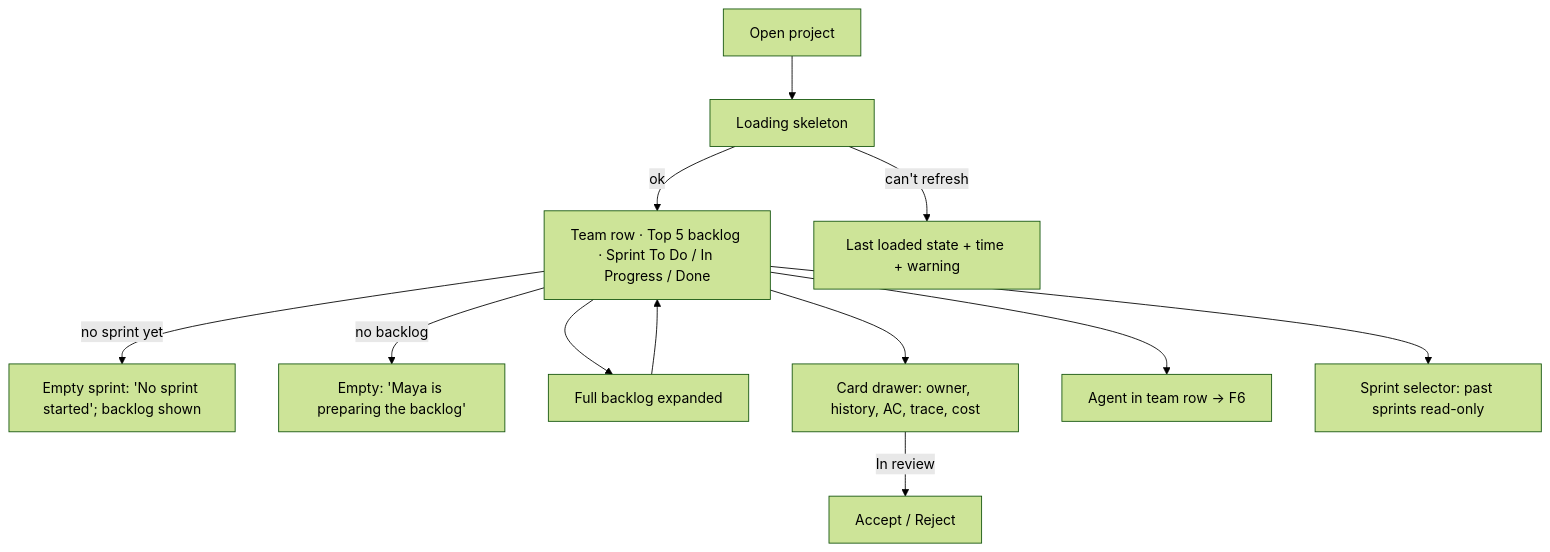
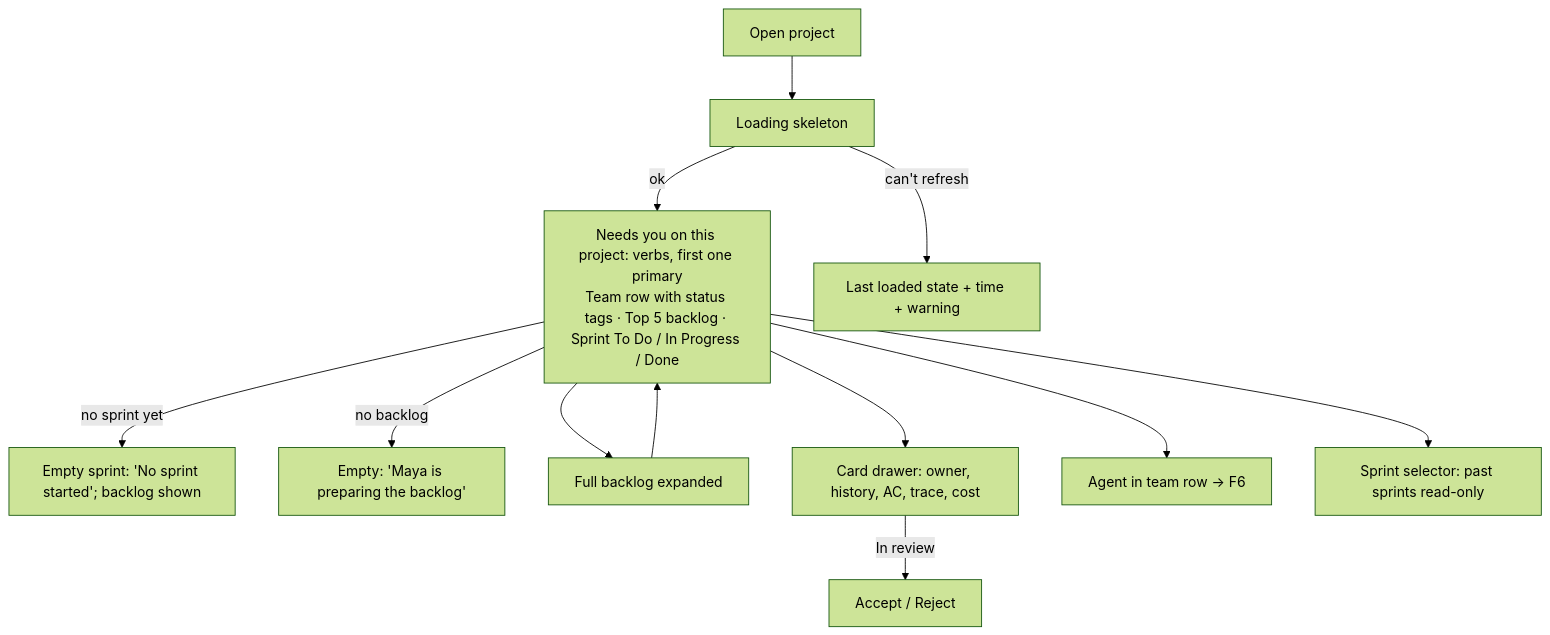
One commit to Majd-Alhakim/bench changed the ninth of 11 diagrams in docs/design/ux/README.md. Above: the diagram before and after it, drawn with Mermaid (forest theme). The commit also changed other lines of this file and 3 other files, not shown here.

````diff
--- a/docs/design/ux/README.md
+++ b/docs/design/ux/README.md
@@ -299,13 +313,13 @@
 ```mermaid
 flowchart TD
   A[Open project] --> L[Loading skeleton]
-  L -->|ok| D[Team row · Top 5 backlog · Sprint To Do / In Progress / Done]
+  L -->|ok| D[Needs you on this project: verbs, first one primary<br/>Team row with status tags · Top 5 backlog · Sprint To Do / In Progress / Done]
   L -->|can't refresh| E[Last loaded state + time + warning]
   D -->|no sprint yet| N[Empty sprint: 'No sprint started'; backlog shown]
   D -->|no backlog| N2[Empty: 'Maya is preparing the backlog']
   D --> F[Full backlog expanded] --> D
   D --> C[Card drawer: owner, history, AC, trace, cost]
   C -->|In review| AR[Accept / Reject]
   D --> AG[Agent in team row → F6]
   D --> SP[Sprint selector: past sprints read-only]
 ```
````
